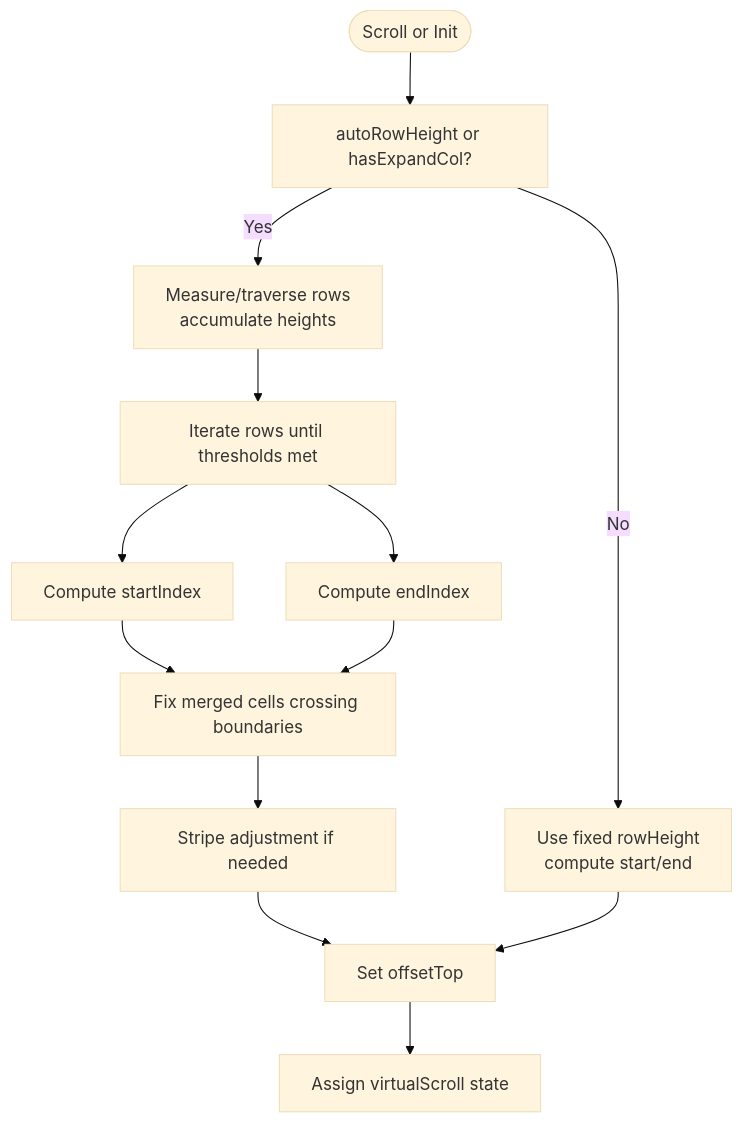
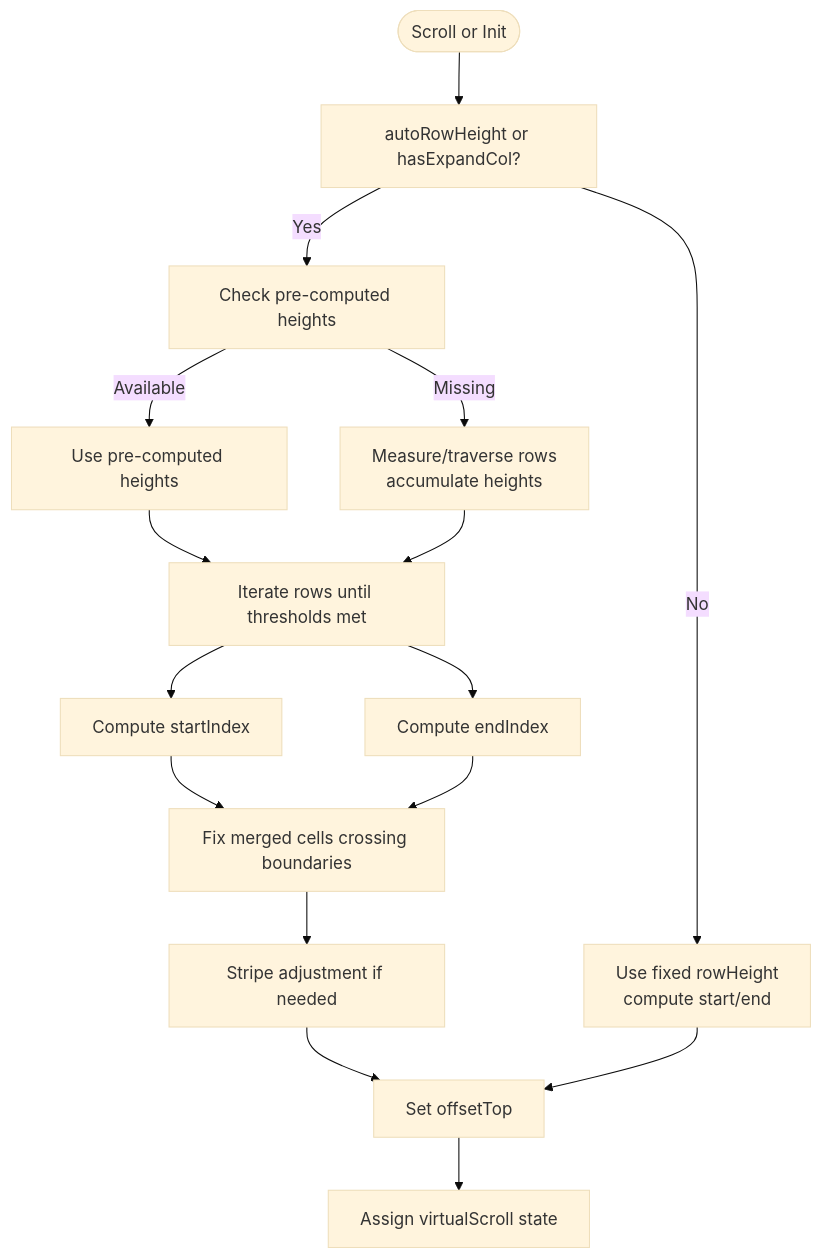
The third of 7 diagrams in .qoder/repowiki/en/content/Advanced Features/Virtual Scrolling/Auto-Height Virtual Scrolling.md (ja-plus/stk-table-vue), drawn with Mermaid (base theme) before and after one commit. The commit also changed other lines of this file and 4 other files, not shown here.

````diff
--- a/.qoder/repowiki/en/content/Advanced Features/Virtual Scrolling/Auto-Height Virtual Scrolling.md
+++ b/.qoder/repowiki/en/content/Advanced Features/Virtual Scrolling/Auto-Height Virtual Scrolling.md
@@ -116,15 +142,18 @@
 ```mermaid
 flowchart TD
 Start(["Scroll or Init"]) --> CheckAuto["autoRowHeight or hasExpandCol?"]
-CheckAuto --> |Yes| Measure["Measure/traverse rows<br/>accumulate heights"]
+CheckAuto --> |Yes| PretextCheck["Check pre-computed heights"]
+PretextCheck --> |Available| UsePrecomputed["Use pre-computed heights"]
+PretextCheck --> |Missing| Measure["Measure/traverse rows<br/>accumulate heights"]
 CheckAuto --> |No| CalcFixed["Use fixed rowHeight<br/>compute start/end"]
-Measure --> Traverse["Iterate rows until thresholds met"]
+UsePrecomputed --> Traverse["Iterate rows until thresholds met"]
+Measure --> Traverse
 Traverse --> ComputeStart["Compute startIndex"]
 Traverse --> ComputeEnd["Compute endIndex"]
 ComputeStart --> FixMerged["Fix merged cells crossing boundaries"]
 ComputeEnd --> FixMerged
 FixMerged --> StripeAdj["Stripe adjustment if needed"]
 StripeAdj --> SetOffset["Set offsetTop"]
 SetOffset --> UpdateState["Assign virtualScroll state"]
 CalcFixed --> SetOffset
 ```
````
